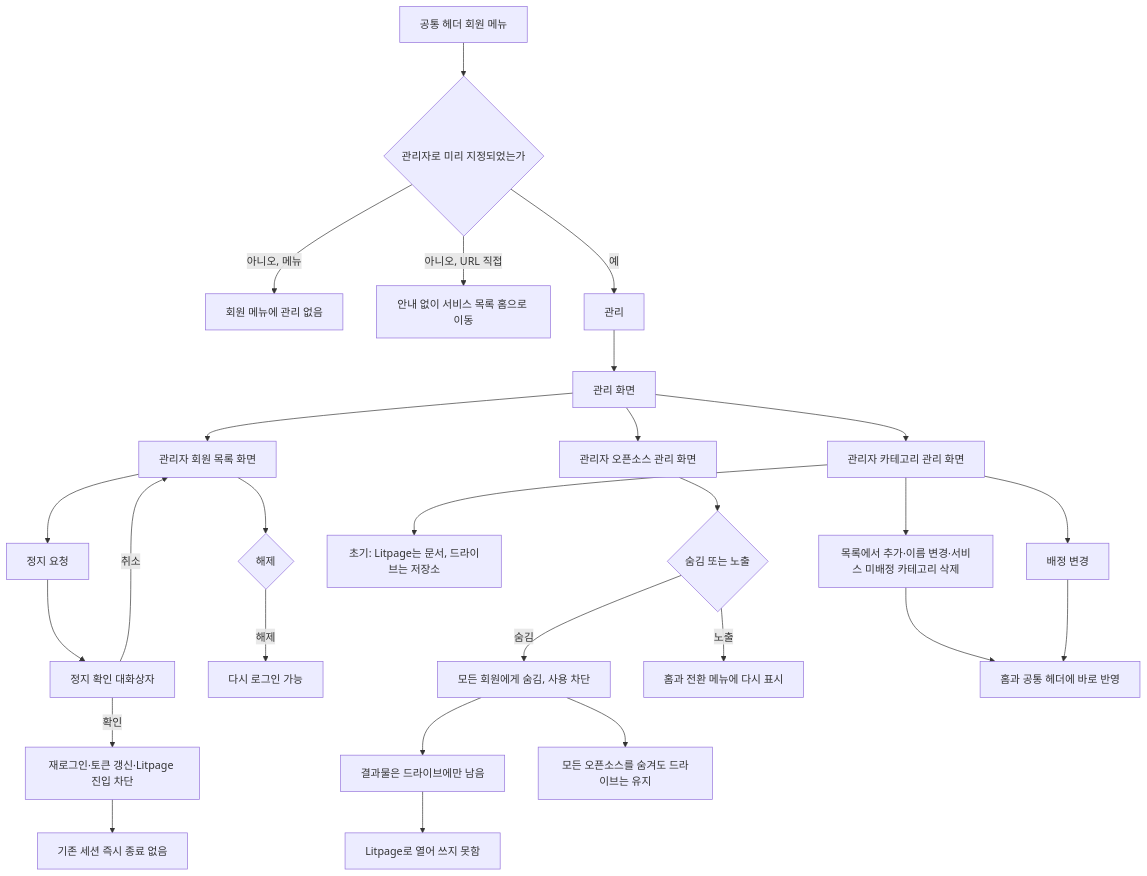
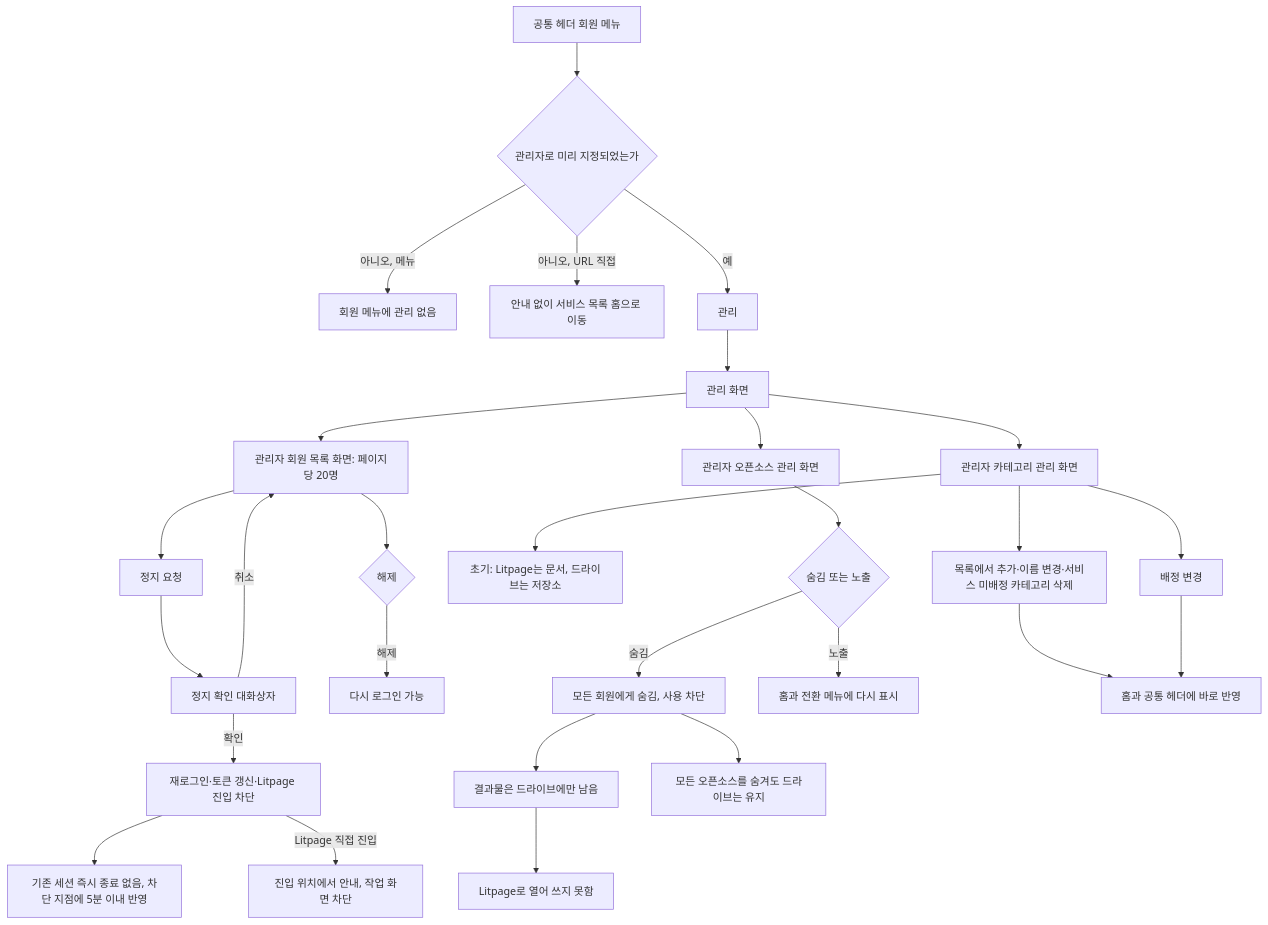
One commit to HoBaeBang/naruworks-platform changed the sixth of 7 diagrams in docs/01-planning/user-flow/UF.md. Above: the diagram before and after it, drawn with Mermaid. The commit also changed other lines of this file and 21 other files, not shown here.

````diff
--- a/docs/01-planning/user-flow/UF.md
+++ b/docs/01-planning/user-flow/UF.md
@@ -364,29 +378,30 @@
 ```mermaid
 flowchart TD
   header["공통 헤더 회원 메뉴"] --> gate{"관리자로 미리 지정되었는가"}
   gate -->|"아니오, 메뉴"| deny["회원 메뉴에 관리 없음"]
   gate -->|"아니오, URL 직접"| redirectHome["안내 없이 서비스 목록 홈으로 이동"]
   gate -->|"예"| adminItem["관리"]
   adminItem --> adminHome["관리 화면"]
-  adminHome --> members["관리자 회원 목록 화면"]
+  adminHome --> members["관리자 회원 목록 화면: 페이지당 20명"]
   members --> susAsk["정지 요청"]
   susAsk --> susConfirm["정지 확인 대화상자"]
   susConfirm -->|"취소"| members
   susConfirm -->|"확인"| nextLogin["재로그인·토큰 갱신·Litpage 진입 차단"]
-  nextLogin --> session["기존 세션 즉시 종료 없음"]
+  nextLogin --> session["기존 세션 즉시 종료 없음, 차단 지점에 5분 이내 반영"]
+  nextLogin -->|"Litpage 직접 진입"| blockLitpage["진입 위치에서 안내, 작업 화면 차단"]
   members --> sus{"해제"}
   sus -->|"해제"| usable["다시 로그인 가능"]
   adminHome --> oss["관리자 오픈소스 관리 화면"]
   oss --> hide{"숨김 또는 노출"}
   hide -->|"숨김"| hidden["모든 회원에게 숨김, 사용 차단"]
   hidden --> leftover["결과물은 드라이브에만 남음"]
   leftover --> noLitpage["Litpage로 열어 쓰지 못함"]
   hide -->|"노출"| shown["홈과 전환 메뉴에 다시 표시"]
   hidden --> driveKept["모든 오픈소스를 숨겨도 드라이브는 유지"]
   adminHome --> cat["관리자 카테고리 관리 화면"]
   cat --> initCat["초기: Litpage는 문서, 드라이브는 저장소"]
   cat --> inline["목록에서 추가·이름 변경·서비스 미배정 카테고리 삭제"]
   inline --> reflect["홈과 공통 헤더에 바로 반영"]
   cat --> change["배정 변경"]
   change --> reflect
 ```
````
